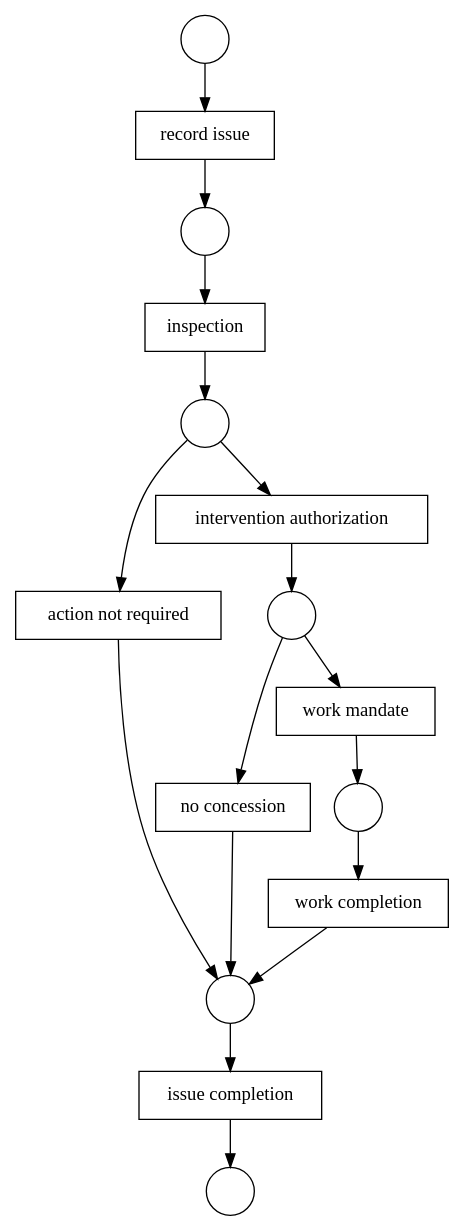
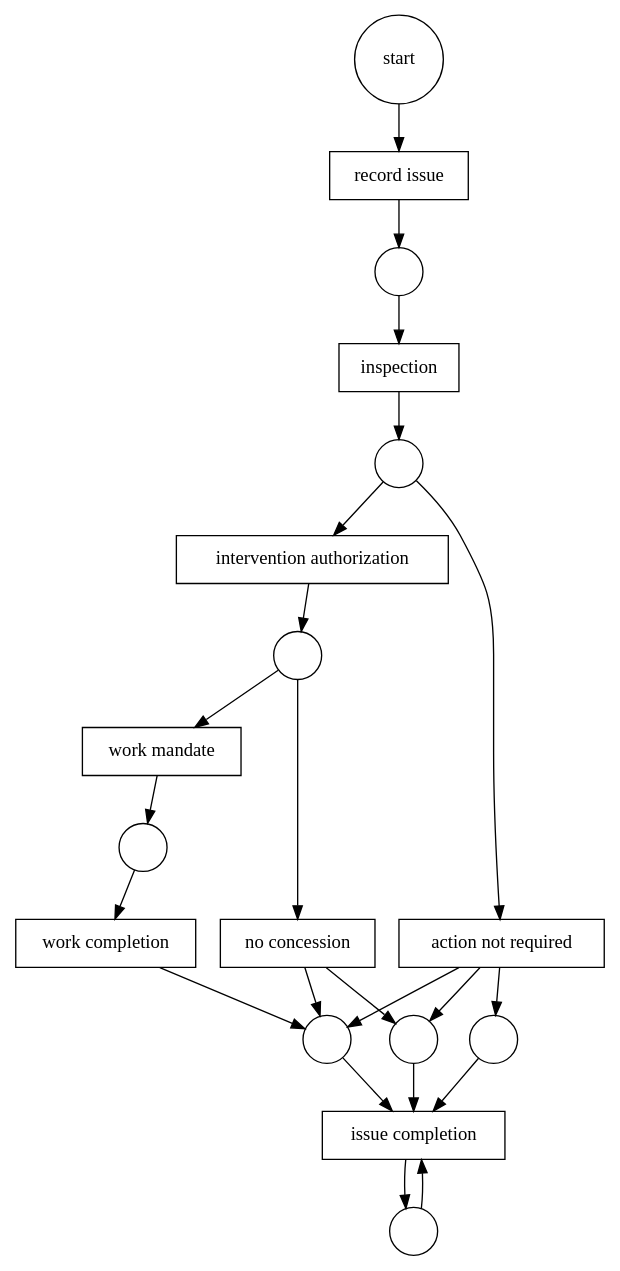
One commit to wcbup/Heuristic-Miner changed the diagram in result.dot. Above: the diagram before and after it, drawn with Graphviz. The commit also changed 5 other files, not shown here.

```diff
--- a/result.dot
+++ b/result.dot
@@ -1,33 +1,41 @@
 digraph SourceGra {
 x1 [shape = box label="record issue"];
-x2 [shape = box label="action not required"];
+x2 [shape = box label="issue completion"];
 x3 [shape = box label="work completion"];
-x4 [shape = box label="issue completion"];
-x5 [shape = box label="no concession"];
-x6 [shape = box label="work mandate"];
+x4 [shape = box label="inspection"];
+x5 [shape = box label="work mandate"];
+x6 [shape = box label="action not required"];
 x7 [shape = box label="intervention authorization"];
-x8 [shape = box label="inspection"];
+x8 [shape = box label="no concession"];
 x9 [shape = circle label=" "];
 x10 [shape = circle label=" "];
 x11 [shape = circle label=" "];
 x12 [shape = circle label=" "];
 x13 [shape = circle label=" "];
 x14 [shape = circle label=" "];
 x15 [shape = circle label=" "];
+x16 [shape = circle label=" "];
+x17 [shape = circle label="start"];
 x1 -> x9;
-x2 -> x13;
-x3 -> x13;
-x4 -> x14;
+x2 -> x10;
+x3 -> x11;
+x4 -> x12;
 x5 -> x13;
-x6 -> x10;
-x7 -> x12;
+x6 -> x16;
+x6 -> x11;
+x6 -> x14;
+x7 -> x15;
+x8 -> x16;
 x8 -> x11;
-x9 -> x8;
-x10 -> x3;
+x9 -> x4;
+x10 -> x2;
 x11 -> x2;
-x11 -> x7;
-x12 -> x5;
 x12 -> x6;
-x13 -> x4;
-x15 -> x1;
+x12 -> x7;
+x13 -> x3;
+x14 -> x2;
+x15 -> x8;
+x15 -> x5;
+x16 -> x2;
+x17 -> x1;
 }
```
